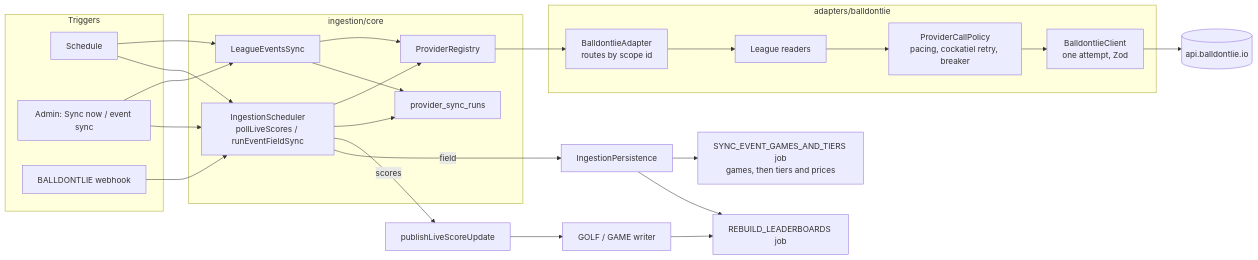
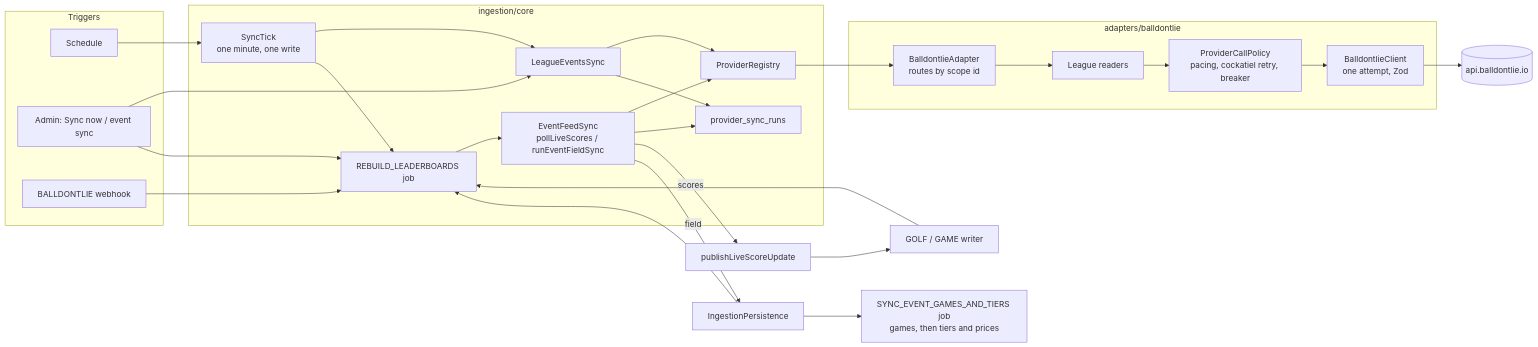
Before and after one commit to derek-dorazio/pool-master: the first of 2 diagrams in docs/LIVE-SPORTS-DATA-SYNC.md, drawn with Mermaid. The commit also changed other lines of this file and 77 other files, not shown here.

First line of the commit message:
Sync on one tick: field and live-scores jobs per event (#2009 part A)

````diff
--- a/docs/LIVE-SPORTS-DATA-SYNC.md
+++ b/docs/LIVE-SPORTS-DATA-SYNC.md
@@ -37,27 +37,30 @@
 ```mermaid
 flowchart LR
   subgraph Triggers
     T1[Schedule]
     T2[Admin: Sync now / event sync]
     T3[BALLDONTLIE webhook]
   end
   subgraph Core["ingestion/core"]
-    S[IngestionScheduler<br/>pollLiveScores / runEventFieldSync]
+    K[SyncTick<br/>one minute, one write]
+    J[EventSyncJobs<br/>SYNC_EVENT_FIELD / SYNC_EVENT_SCORES]
+    S[EventFeedSync<br/>pollLiveScores / runEventFieldSync]
     E[LeagueEventsSync]
     R[ProviderRegistry]
     L[provider_sync_runs]
   end
   subgraph Adapter["adapters/balldontlie"]
     A[BalldontlieAdapter<br/>routes by scope id]
     RD[League readers]
     C[BalldontlieClient<br/>one attempt, Zod]
     CP[ProviderCallPolicy<br/>pacing, cockatiel retry, breaker]
   end
-  T1 & T2 --> E
-  T1 & T2 & T3 --> S
+  T1 --> K
+  K & T2 --> E
+  K & T2 & T3 --> J --> S
   E & S --> R --> A --> RD --> CP --> C --> V[(api.balldontlie.io)]
   E & S --> L
   S -- scores --> P[publishLiveScoreUpdate] --> W[GOLF / GAME writer]
   S -- field --> IP[IngestionPersistence] --> GT[SYNC_EVENT_GAMES_AND_TIERS job<br/>games, then tiers and prices]
   W & IP --> J[REBUILD_LEADERBOARDS job]
 ```
````
